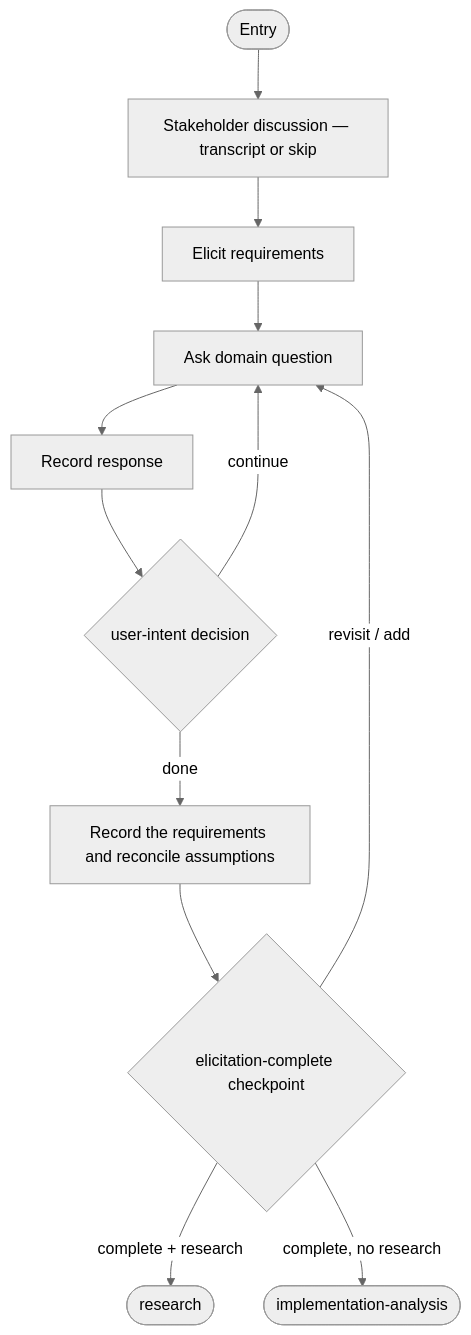
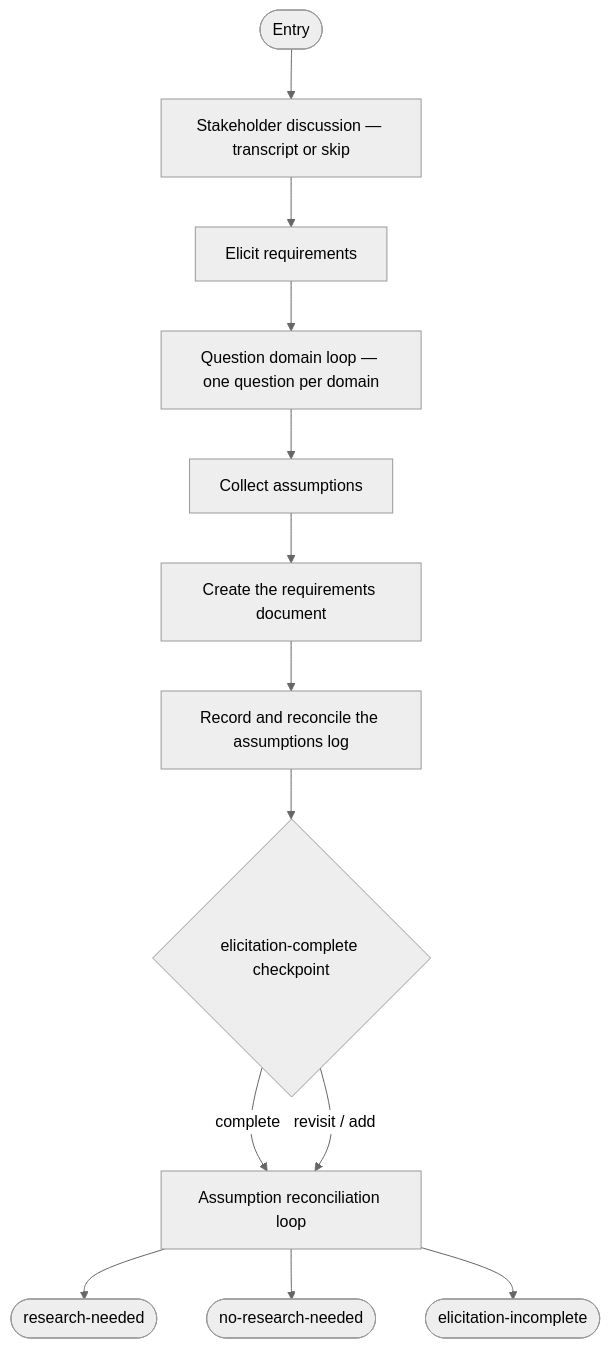
The fourth of 15 diagrams in work-package/activities/README.md (m2ux/workflow-server), drawn with Mermaid (neutral theme) before and after one commit. The commit also changed 8 other files, not shown here.

````diff
--- a/work-package/activities/README.md
+++ b/work-package/activities/README.md
@@ -111,16 +111,17 @@
 ```mermaid
 graph TD
     entryNode(["Entry"]) --> discuss["Stakeholder discussion — transcript or skip"]
     discuss --> elicit["Elicit requirements"]
+    elicit --> domainLoop["Question domain loop — one question per domain"]
+    domainLoop --> collect["Collect assumptions"]
+    collect --> document["Create the requirements document"]
+    document --> record["Record and reconcile the assumptions log"]
 
-    elicit --> askQuestion["Ask domain question"]
-    askQuestion --> recordResponse["Record response"]
-    recordResponse --> userIntent{"user-intent decision"}
-    userIntent -->|"continue"| askQuestion
-    userIntent -->|"done"| recordReqs["Record the requirements and reconcile assumptions"]
+    record --> cpComplete{"elicitation-complete checkpoint"}
+    cpComplete -->|"complete"| reconcileLoop["Assumption reconciliation loop"]
+    cpComplete -->|"revisit / add"| reconcileLoop
 
-    recordReqs --> cpComplete{"elicitation-complete checkpoint"}
-    cpComplete -->|"complete + research"| exitResearch(["research"])
-    cpComplete -->|"complete, no research"| exitAnalysis(["implementation-analysis"])
-    cpComplete -->|"revisit / add"| askQuestion
+    reconcileLoop --> exitResearch(["research-needed"])
+    reconcileLoop --> exitNoResearch(["no-research-needed"])
+    reconcileLoop --> exitIncomplete(["elicitation-incomplete"])
 ```
````
